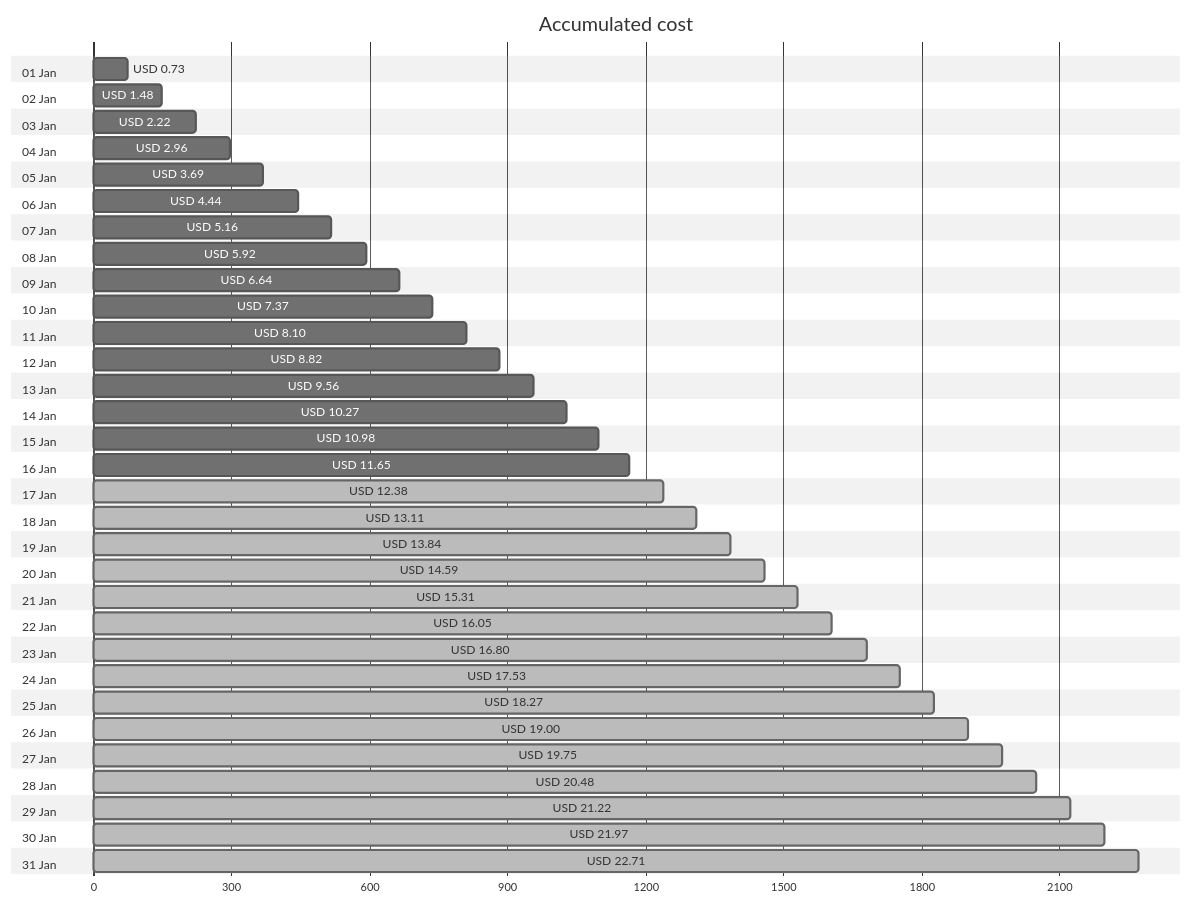
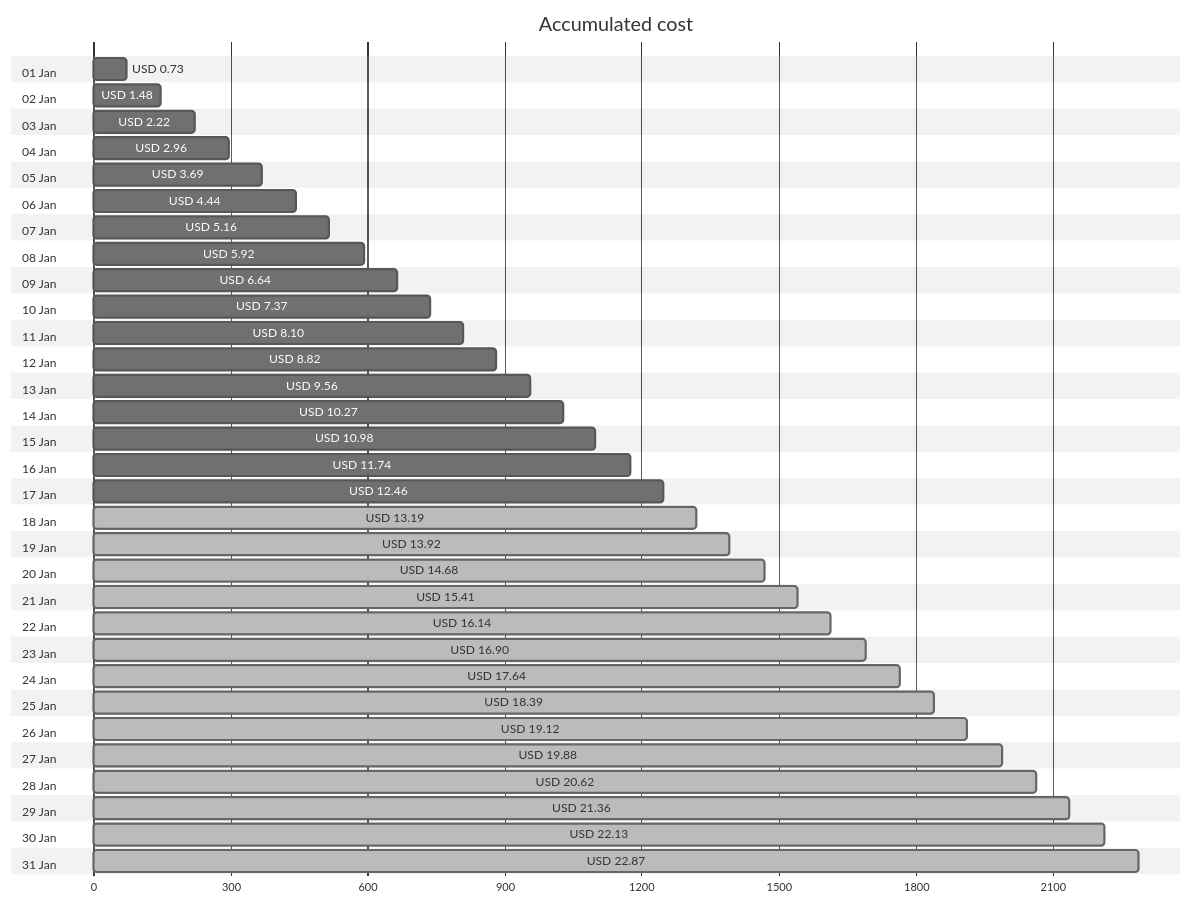
The first of 4 diagrams in cost-reports/personal-network/backup-server-data-disk.md (jpfulton/azure-personal-reports), drawn with Mermaid (neutral theme) before and after one commit. The commit also changed other lines of this file and 8 other files, not shown here.

````diff
--- a/cost-reports/personal-network/backup-server-data-disk.md
+++ b/cost-reports/personal-network/backup-server-data-disk.md
@@ -20,68 +20,68 @@
 ```mermaid
 gantt
    title Accumulated cost
    dateFormat  X
    axisFormat %s
    section 01 Jan
    USD 0.73 :0, 73
    section 02 Jan
    USD 1.48 :0, 148
    section 03 Jan
    USD 2.22 :0, 222
    section 04 Jan
    USD 2.96 :0, 296
    section 05 Jan
    USD 3.69 :0, 369
    section 06 Jan
    USD 4.44 :0, 444
    section 07 Jan
    USD 5.16 :0, 516
    section 08 Jan
    USD 5.92 :0, 592
    section 09 Jan
    USD 6.64 :0, 664
    section 10 Jan
    USD 7.37 :0, 737
    section 11 Jan
    USD 8.10 :0, 810
    section 12 Jan
    USD 8.82 :0, 882
    section 13 Jan
    USD 9.56 :0, 956
    section 14 Jan
    USD 10.27 :0, 1027
    section 15 Jan
    USD 10.98 :0, 1098
    section 16 Jan
-   USD 11.65 :0, 1165
+   USD 11.74 :0, 1174
    section 17 Jan
-   USD 12.38 : done, 0, 1238
+   USD 12.46 :0, 1246
    section 18 Jan
-   USD 13.11 : done, 0, 1311
+   USD 13.19 : done, 0, 1319
    section 19 Jan
-   USD 13.84 : done, 0, 1384
+   USD 13.92 : done, 0, 1392
    section 20 Jan
-   USD 14.59 : done, 0, 1459
+   USD 14.68 : done, 0, 1468
    section 21 Jan
-   USD 15.31 : done, 0, 1531
+   USD 15.41 : done, 0, 1541
    section 22 Jan
-   USD 16.05 : done, 0, 1605
+   USD 16.14 : done, 0, 1614
    section 23 Jan
-   USD 16.80 : done, 0, 1680
+   USD 16.90 : done, 0, 1690
    section 24 Jan
-   USD 17.53 : done, 0, 1753
+   USD 17.64 : done, 0, 1764
    section 25 Jan
-   USD 18.27 : done, 0, 1827
+   USD 18.39 : done, 0, 1839
    section 26 Jan
-   USD 19.00 : done, 0, 1900
+   USD 19.12 : done, 0, 1912
    section 27 Jan
-   USD 19.75 : done, 0, 1975
+   USD 19.88 : done, 0, 1988
    section 28 Jan
-   USD 20.48 : done, 0, 2048
+   USD 20.62 : done, 0, 2062
    section 29 Jan
-   USD 21.22 : done, 0, 2122
+   USD 21.36 : done, 0, 2136
    section 30 Jan
-   USD 21.97 : done, 0, 2197
+   USD 22.13 : done, 0, 2213
    section 31 Jan
-   USD 22.71 : done, 0, 2271
+   USD 22.87 : done, 0, 2287
 ```
````
